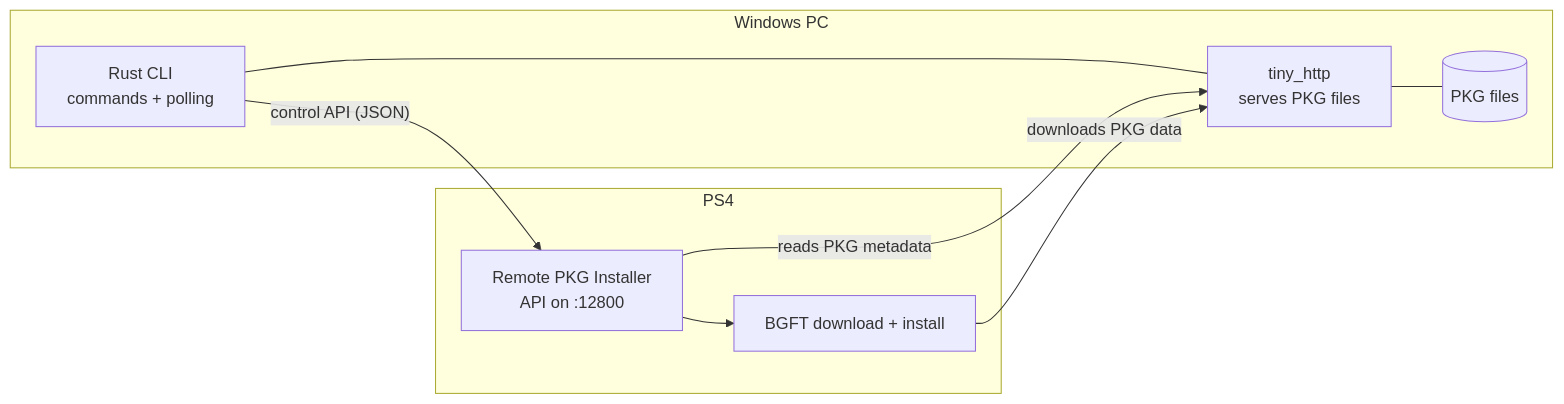
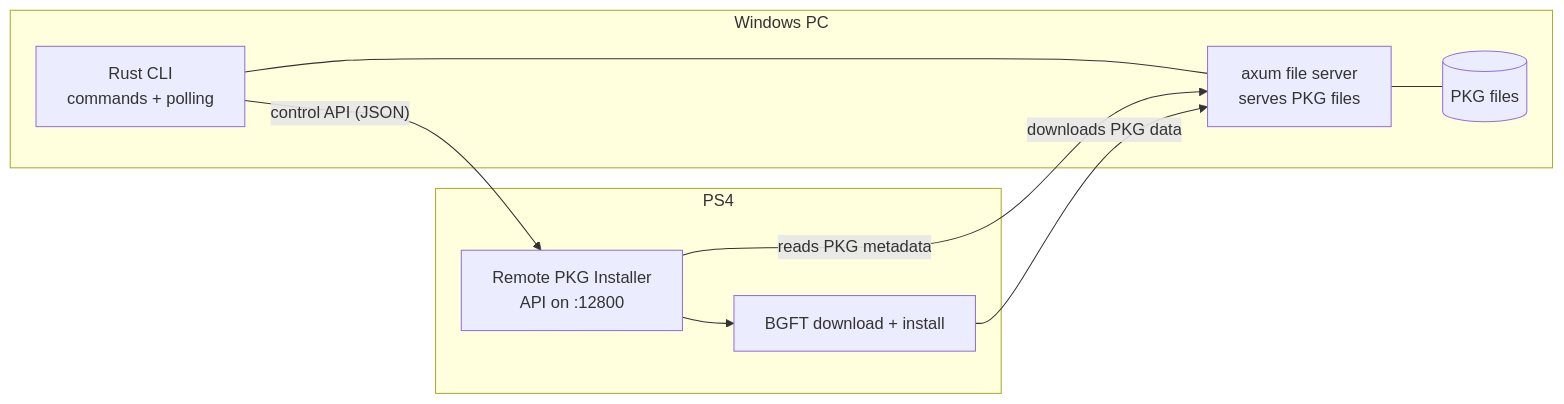
One commit to markmclaren/ps4-remote-pkg-installer-cli changed the first of 2 diagrams in README.md. Above: the diagram before and after it, drawn with Mermaid. The commit also changed other lines of this file and 3 other files, not shown here.

Commit message:
Serve PKG files with axum and tower-http; use random URL tokens

````diff
--- a/README.md
+++ b/README.md
@@ -32,18 +32,18 @@
 ```mermaid
 flowchart LR
     subgraph PC[Windows PC]
         CLI[Rust CLI<br/>commands + polling]
-        FS[tiny_http<br/>serves PKG files]
+        FS[axum file server<br/>serves PKG files]
         Disk[(PKG files)]
         CLI --- FS
         FS --- Disk
     end
     subgraph PS4
         API[Remote PKG Installer<br/>API on :12800]
         BGFT[BGFT download + install]
         API --> BGFT
     end
     CLI -- "control API (JSON)" --> API
     API -- "reads PKG metadata" --> FS
     BGFT -- "downloads PKG data" --> FS
 ```
````
